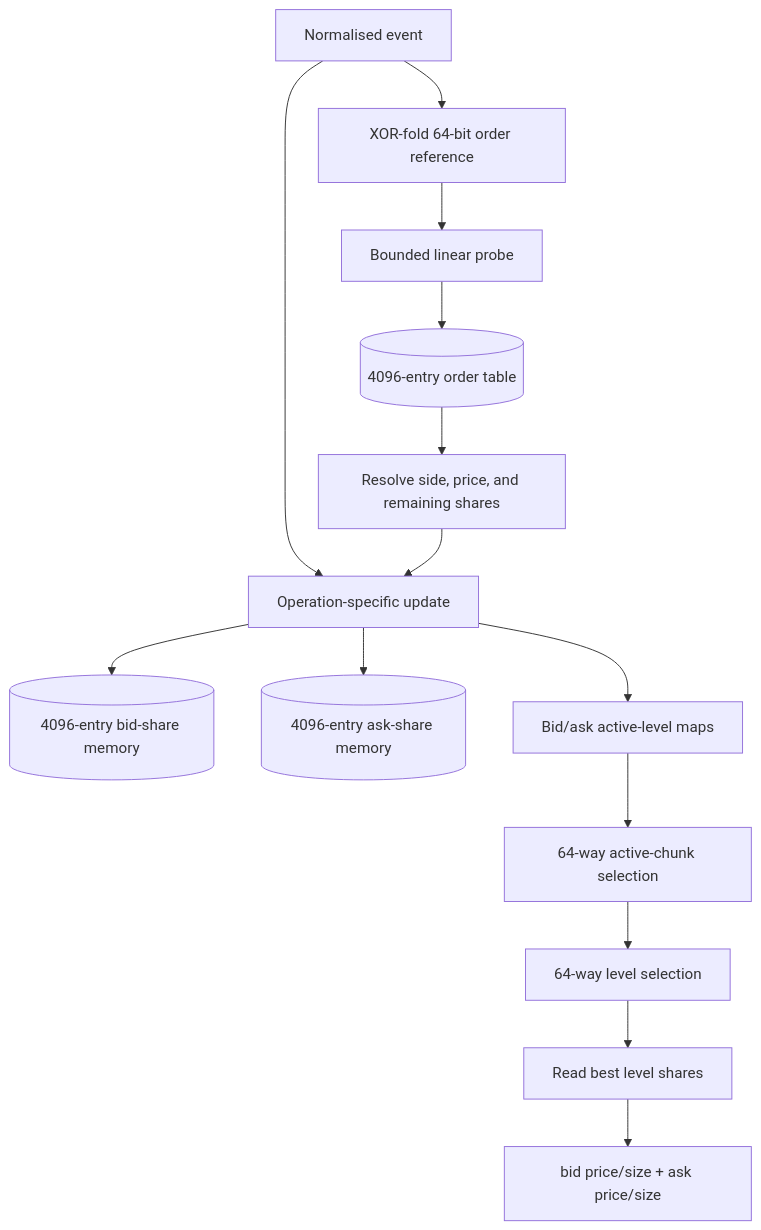
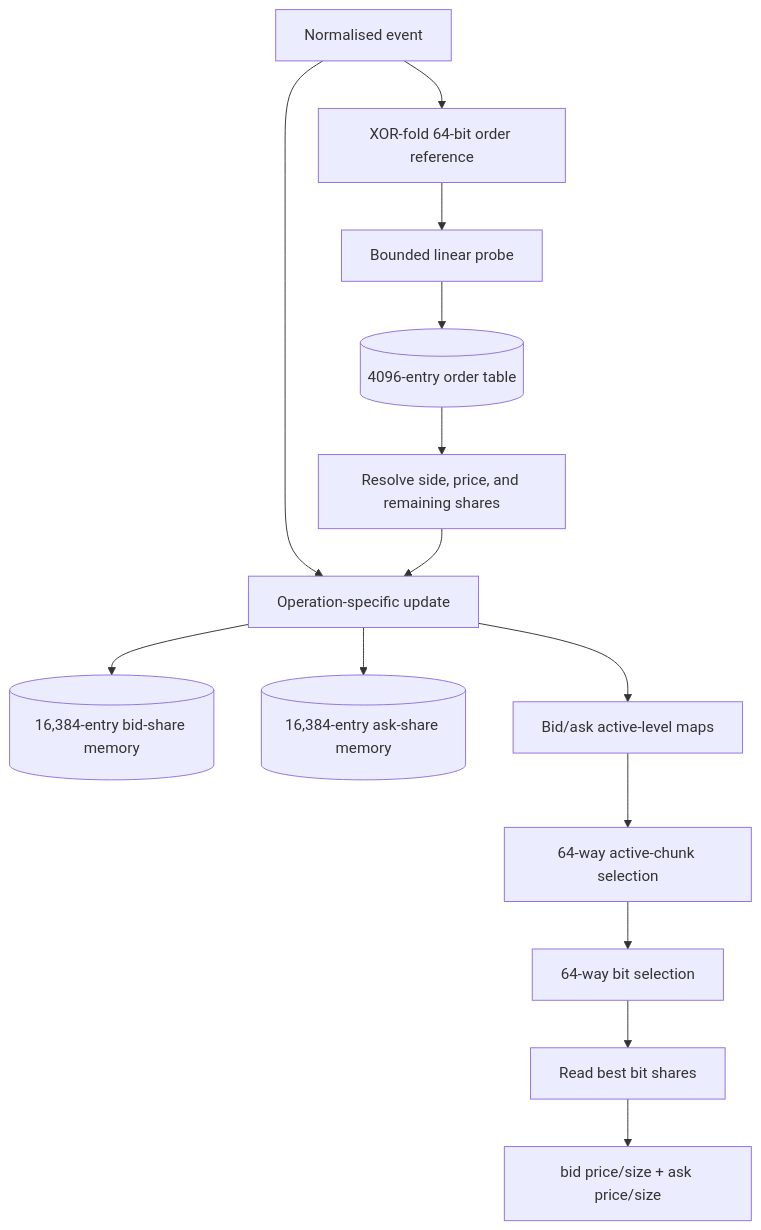
Before and after one commit to an-thony350/ITCH-Feed-Handler-and-Order-Book: the fourth of 8 diagrams in README.md, drawn with Mermaid. The commit also changed other lines of this file, not shown here.

Commit message:
[documentation] top-level readme changes

````diff
--- a/README.md
+++ b/README.md
@@ -303,19 +303,19 @@
 ```mermaid
 flowchart TB
     EVT[Normalised event] --> HASH[XOR-fold 64-bit order reference]
     HASH --> PROBE[Bounded linear probe]
     PROBE --> OT[(4096-entry order table)]
 
     OT --> RESOLVE[Resolve side, price, and remaining shares]
     EVT --> UPDATE[Operation-specific update]
     RESOLVE --> UPDATE
 
-    UPDATE --> BID[(4096-entry bid-share memory)]
-    UPDATE --> ASK[(4096-entry ask-share memory)]
+    UPDATE --> BID[(16,384-entry bid-share memory)]
+    UPDATE --> ASK[(16,384-entry ask-share memory)]
     UPDATE --> OCC[Bid/ask active-level maps]
 
     OCC --> CHUNK[64-way active-chunk selection]
-    CHUNK --> LEVEL[64-way level selection]
-    LEVEL --> FETCH[Read best level shares]
+    CHUNK --> LEVEL[64-way bit selection]
+    LEVEL --> FETCH[Read best bit shares]
     FETCH --> BBO[bid price/size + ask price/size]
 ```
````
